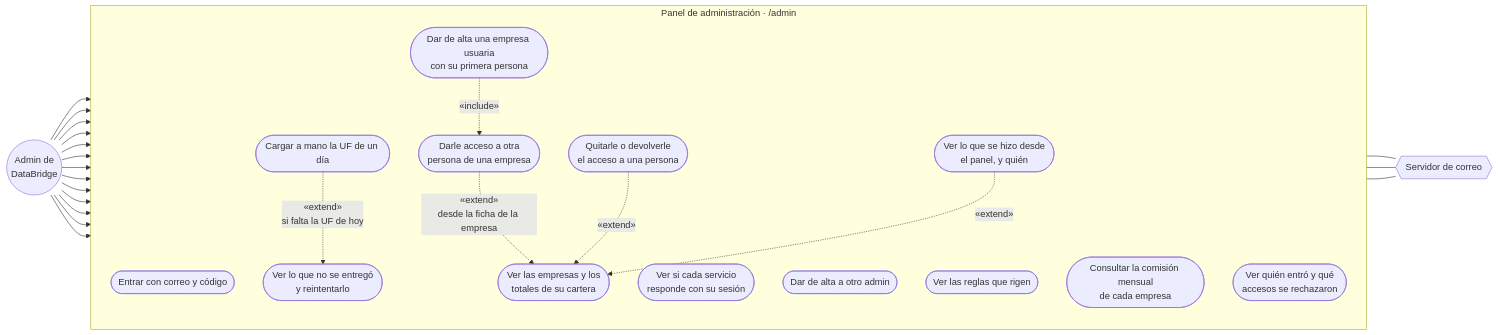
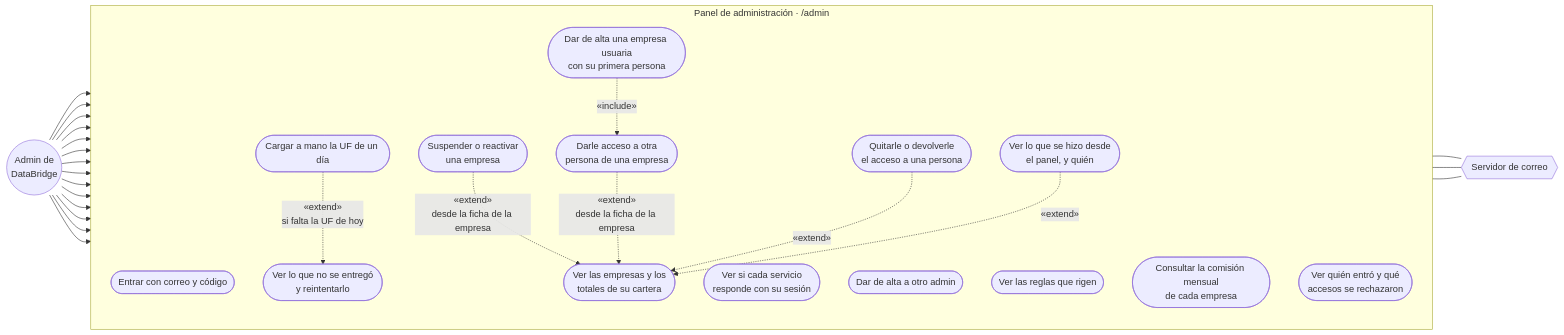
One commit to TechnicalBridge/DataBridge changed the fourth of 6 diagrams in docs/diagramas/casos-de-uso.md. Above: the diagram before and after it, drawn with Mermaid. The commit also changed other lines of this file and 34 other files, not shown here.

First line of the commit message:
feat(ms-debt, ms-auth, portal): Suspender y reactivar una empresa desde el panel (#179)

````diff
--- a/docs/diagramas/casos-de-uso.md
+++ b/docs/diagramas/casos-de-uso.md
@@ -195,30 +195,32 @@
 ```mermaid
 flowchart LR
     ADM(("Admin de<br/>DataBridge"))
     subgraph PAN["Panel de administración · /admin"]
         direction TB
         A1(["Entrar con correo y código"])
         A2(["Ver si cada servicio<br/>responde con su sesión"])
         A3(["Ver las empresas y los<br/>totales de su cartera"])
         A4(["Dar de alta una empresa usuaria<br/>con su primera persona"])
         A5(["Darle acceso a otra<br/>persona de una empresa"])
         A6(["Quitarle o devolverle<br/>el acceso a una persona"])
         A7(["Dar de alta a otro admin"])
         A8(["Ver lo que se hizo desde<br/>el panel, y quién"])
         A9(["Ver las reglas que rigen"])
         A10(["Consultar la comisión mensual<br/>de cada empresa"])
         A11(["Ver quién entró y qué<br/>accesos se rechazaron"])
         A12(["Ver lo que no se entregó<br/>y reintentarlo"])
         A13(["Cargar a mano la UF de un día"])
+        A14(["Suspender o reactivar<br/>una empresa"])
     end
     COR{{"Servidor de correo"}}
-    ADM --> A1 & A2 & A3 & A4 & A5 & A6 & A7 & A8 & A9 & A10 & A11 & A12 & A13
+    ADM --> A1 & A2 & A3 & A4 & A5 & A6 & A7 & A8 & A9 & A10 & A11 & A12 & A13 & A14
     A13 -. "«extend»<br/>si falta la UF de hoy" .-> A12
+    A14 -. "«extend»<br/>desde la ficha de la empresa" .-> A3
     A4 -. "«include»" .-> A5
     A5 -. "«extend»<br/>desde la ficha de la empresa" .-> A3
     A6 -. "«extend»" .-> A3
     A8 -. "«extend»" .-> A3
     A1 --- COR
     A5 --- COR
     A7 --- COR
 ```
````
